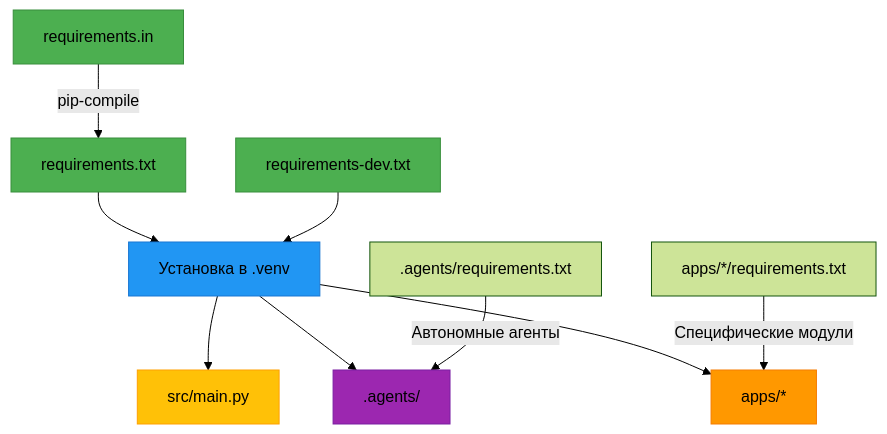
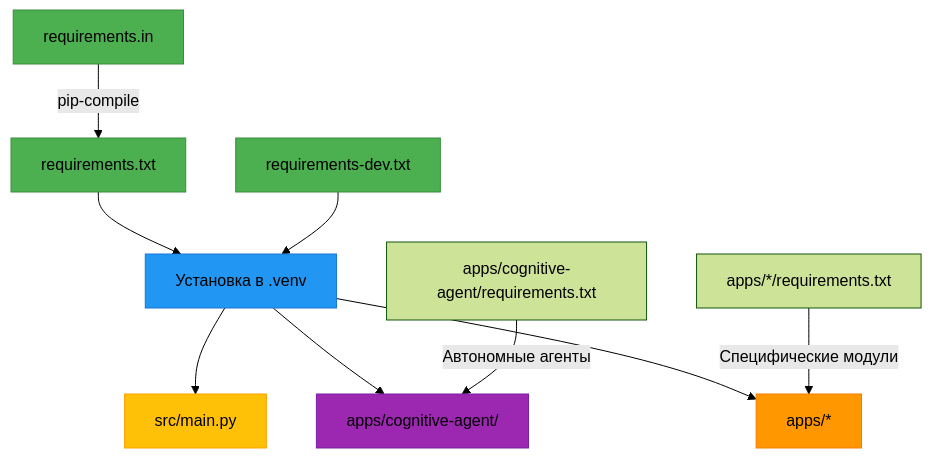
One commit to Control39/portfolio-system-architect changed the diagram in docs/architecture/dependency-management.md. Above: the diagram before and after it, drawn with Mermaid (forest theme). The commit also changed other lines of this file and 111 other files, not shown here.

First line of the commit message:
refactor: migrate agent to apps/cognitive-agent & update references

````diff
--- a/docs/architecture/dependency-management.md
+++ b/docs/architecture/dependency-management.md
@@ -67,20 +67,20 @@
 ```mermaid
 graph TD
     A[requirements.in] -->|pip-compile| B[requirements.txt]
     B --> C[Установка в .venv]
     D[requirements-dev.txt] --> C
     C --> E[src/main.py]
-    C --> F[.agents/]
+    C --> F[apps/cognitive-agent/]
     C --> G[apps/*]
 
-    H[.agents/requirements.txt] -->|Автономные агенты| F
+    H[apps/cognitive-agent/requirements.txt] -->|Автономные агенты| F
     I[apps/*/requirements.txt] -->|Специфические модули| G
 
     style A fill:#4CAF50,stroke:#388E3C
     style B fill:#4CAF50,stroke:#388E3C
     style D fill:#4CAF50,stroke:#388E3C
     style C fill:#2196F3,stroke:#1976D2
     style E fill:#FFC107,stroke:#FFA000
     style F fill:#9C27B0,stroke:#7B1FA2
     style G fill:#FF9800,stroke:#F57C00
 ```
````
